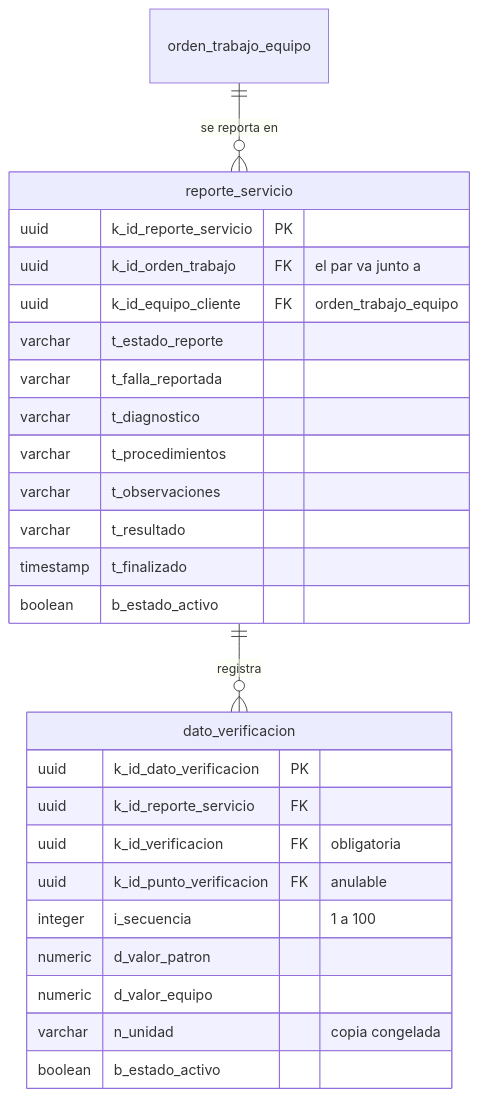
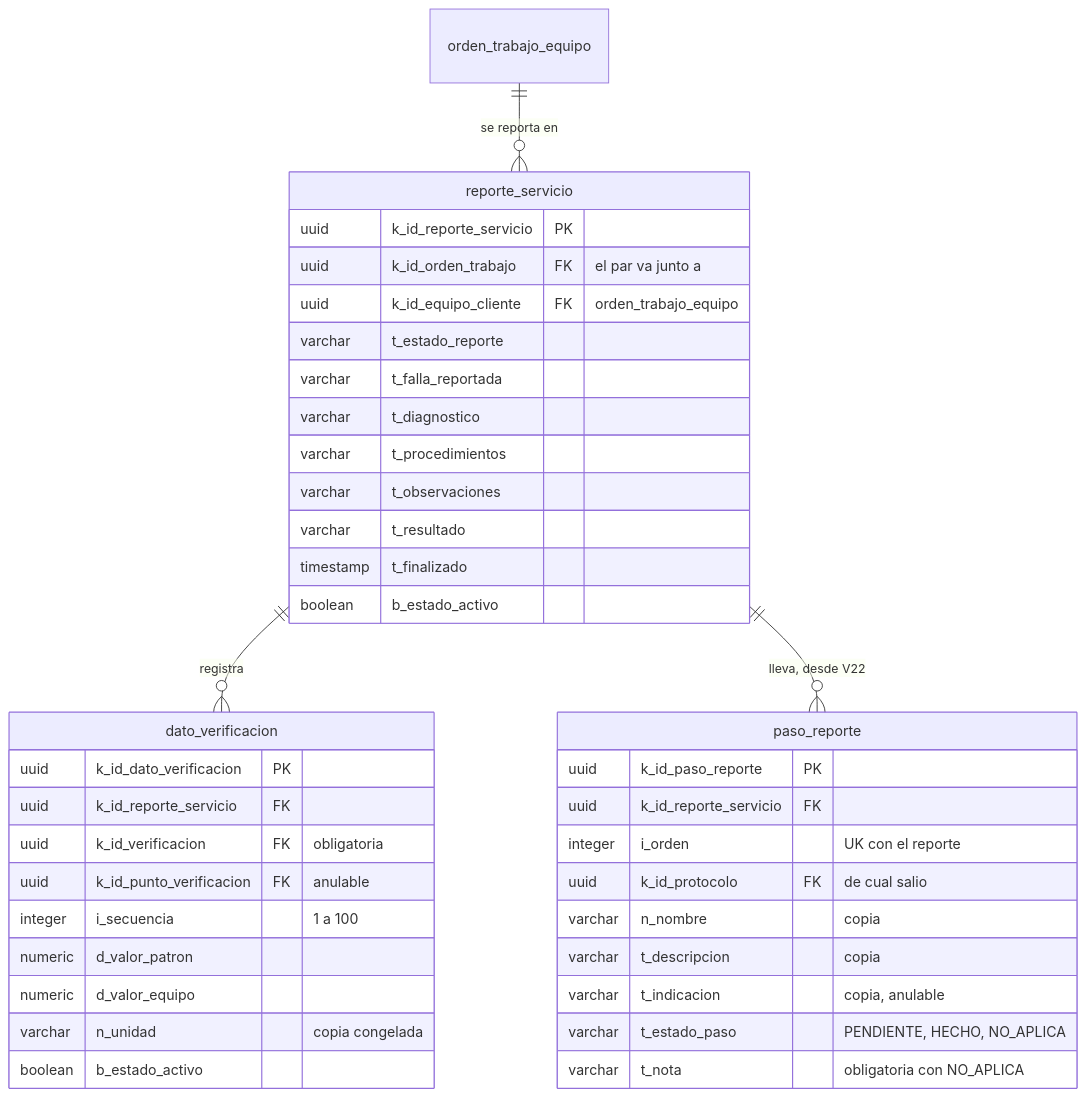
One commit to SeanBol222/MalphasOs changed the ninth of 9 diagrams in SecondBrain/wiki/base-de-datos/esquema-bd-malphasos.md. Above: the diagram before and after it, drawn with Mermaid. The commit also changed other lines of this file and 10 other files, not shown here.

````diff
--- a/SecondBrain/wiki/base-de-datos/esquema-bd-malphasos.md
+++ b/SecondBrain/wiki/base-de-datos/esquema-bd-malphasos.md
@@ -493,29 +506,41 @@
 ```mermaid
 erDiagram
     orden_trabajo_equipo ||--o{ reporte_servicio : "se reporta en"
     reporte_servicio ||--o{ dato_verificacion : "registra"
+    reporte_servicio ||--o{ paso_reporte : "lleva, desde V22"
+    paso_reporte {
+        uuid k_id_paso_reporte PK
+        uuid k_id_reporte_servicio FK
+        integer i_orden "UK con el reporte"
+        uuid k_id_protocolo FK "de cual salio"
+        varchar n_nombre "copia"
+        varchar t_descripcion "copia"
+        varchar t_indicacion "copia, anulable"
+        varchar t_estado_paso "PENDIENTE, HECHO, NO_APLICA"
+        varchar t_nota "obligatoria con NO_APLICA"
+    }
     reporte_servicio {
         uuid k_id_reporte_servicio PK
         uuid k_id_orden_trabajo FK "el par va junto a"
         uuid k_id_equipo_cliente FK "orden_trabajo_equipo"
         varchar t_estado_reporte
         varchar t_falla_reportada
         varchar t_diagnostico
         varchar t_procedimientos
         varchar t_observaciones
         varchar t_resultado
         timestamp t_finalizado
         boolean b_estado_activo
     }
     dato_verificacion {
         uuid k_id_dato_verificacion PK
         uuid k_id_reporte_servicio FK
         uuid k_id_verificacion FK "obligatoria"
         uuid k_id_punto_verificacion FK "anulable"
         integer i_secuencia "1 a 100"
         numeric d_valor_patron
         numeric d_valor_equipo
         varchar n_unidad "copia congelada"
         boolean b_estado_activo
     }
 ```
````
